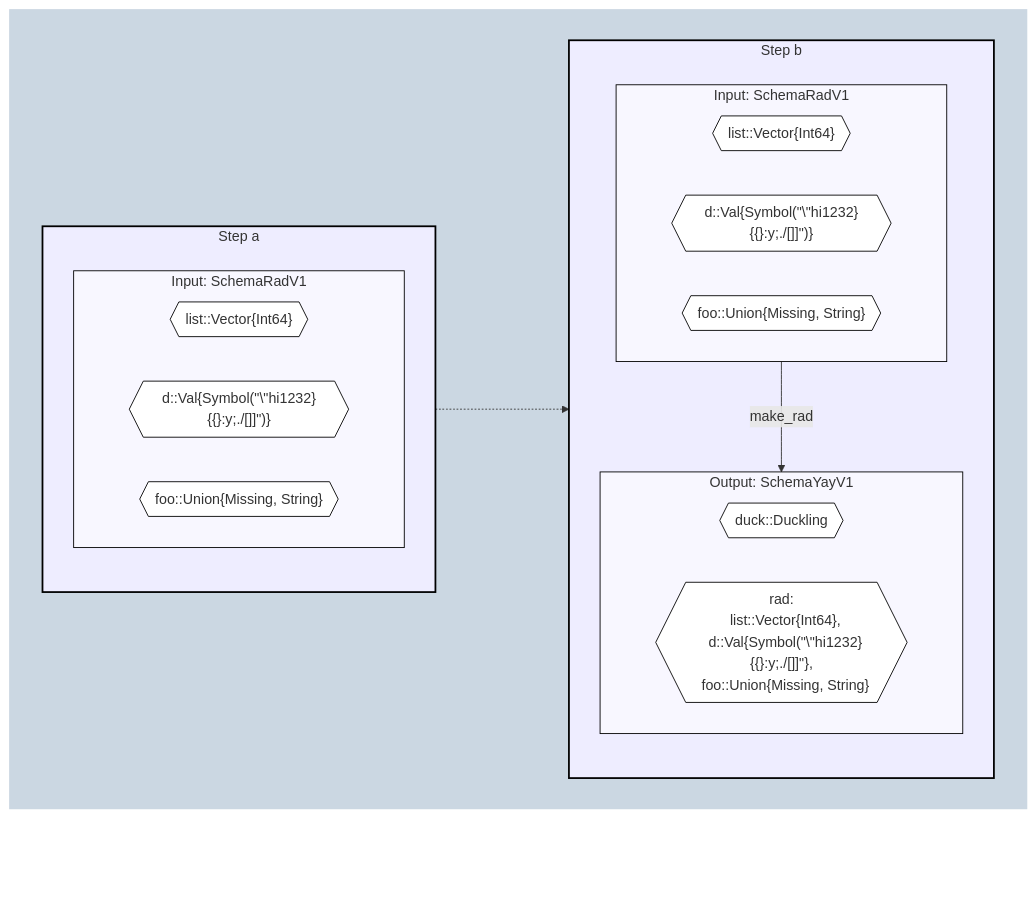
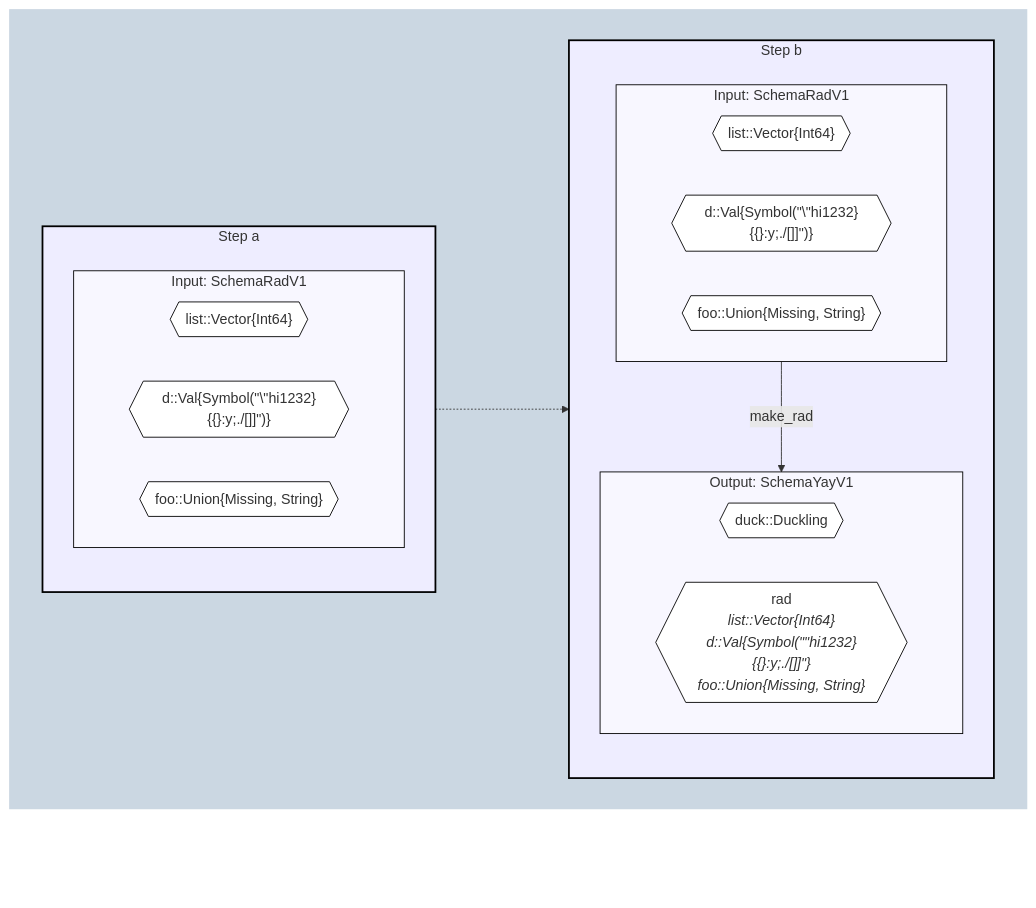
One commit to beacon-biosignals/TransformSpecifications.jl changed the diagram in test/reference_tests/mermaid_custom.md. Above: the diagram before and after it, drawn with Mermaid. The commit also changed 3 other files, not shown here.

````diff
--- a/test/reference_tests/mermaid_custom.md
+++ b/test/reference_tests/mermaid_custom.md
@@ -1,55 +1,55 @@
 ```mermaid
 flowchart
 
 %% Define steps (nodes)
 subgraph OUTERLEVEL["` `"]
 direction LR
 subgraph STEP_A["Step a"]
   direction TB
   subgraph STEP_A_InputSchema["Input: SchemaRadV1"]
     direction RL
     STEP_A_InputSchemalist{{"list::Vector{Int64}"}}
     class STEP_A_InputSchemalist classSpecField
     STEP_A_InputSchemad{{"d::Val{Symbol(#quot;\#quot;hi1232}{{}:y;./[]]#quot;)}"}}
     class STEP_A_InputSchemad classSpecField
     STEP_A_InputSchemafoo{{"foo::Union{Missing, String}"}}
     class STEP_A_InputSchemafoo classSpecField
   end
   class STEP_A_InputSchema classSpec
 end
 subgraph STEP_B["Step b"]
   direction TB
   subgraph STEP_B_InputSchema["Input: SchemaRadV1"]
     direction RL
     STEP_B_InputSchemalist{{"list::Vector{Int64}"}}
     class STEP_B_InputSchemalist classSpecField
     STEP_B_InputSchemad{{"d::Val{Symbol(#quot;\#quot;hi1232}{{}:y;./[]]#quot;)}"}}
     class STEP_B_InputSchemad classSpecField
     STEP_B_InputSchemafoo{{"foo::Union{Missing, String}"}}
     class STEP_B_InputSchemafoo classSpecField
   end
   subgraph STEP_B_OutputSchema["Output: SchemaYayV1"]
     direction RL
     STEP_B_OutputSchemaduck{{"duck::Duckling"}}
     class STEP_B_OutputSchemaduck classSpecField
-    STEP_B_OutputSchemarad{{"rad:
-  list::Vector{Int64},
-  d::Val{Symbol(#quot;\#quot;hi1232}{{}:y;./[]]#quot;},
-  foo::Union{Missing, String}"}}
+    STEP_B_OutputSchemarad{{"`rad
+  *list::Vector{Int64}
+  d::Val{Symbol(#quot;\#quot;hi1232}{{}:y;./[]]#quot;}
+  foo::Union{Missing, String}*`"}}
     class STEP_B_OutputSchemarad classSpecField
   end
   STEP_B_InputSchema:::classSpec -- make_rad --> STEP_B_OutputSchema:::classSpec
 end
 
 %% Link steps (edges)
 STEP_A:::classStep -..-> STEP_B:::classStep
 
 end
 OUTERLEVEL:::classOuter ~~~ OUTERLEVEL:::classOuter
 
 %% Styling definitions
 classDef classOuter fill:#cbd7e2,stroke:#000,stroke-width:0px;
 classDef classStep fill:#eeedff,stroke:#000,stroke-width:2px;
 classDef classSpec fill:#f8f7ff,stroke:#000,stroke-width:1px;
 classDef classSpecField fill:#fff,stroke:#000,stroke-width:1px;
 ```
````
